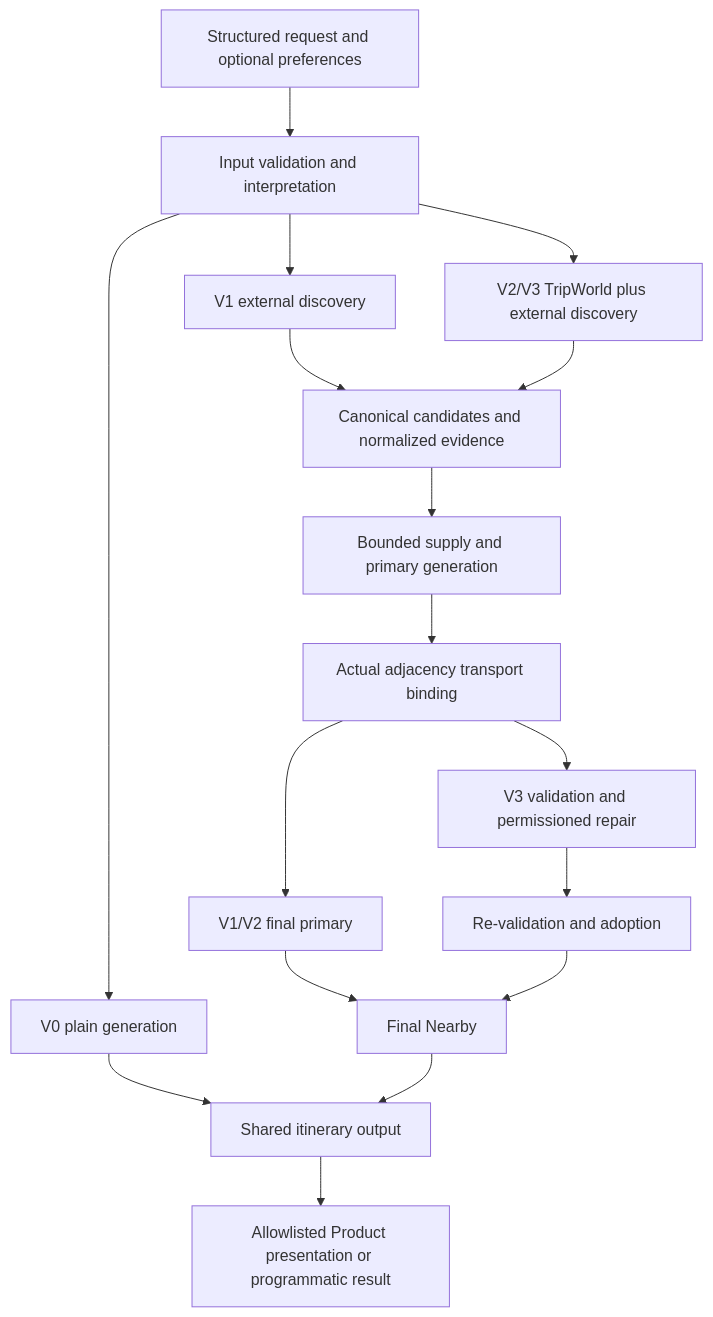
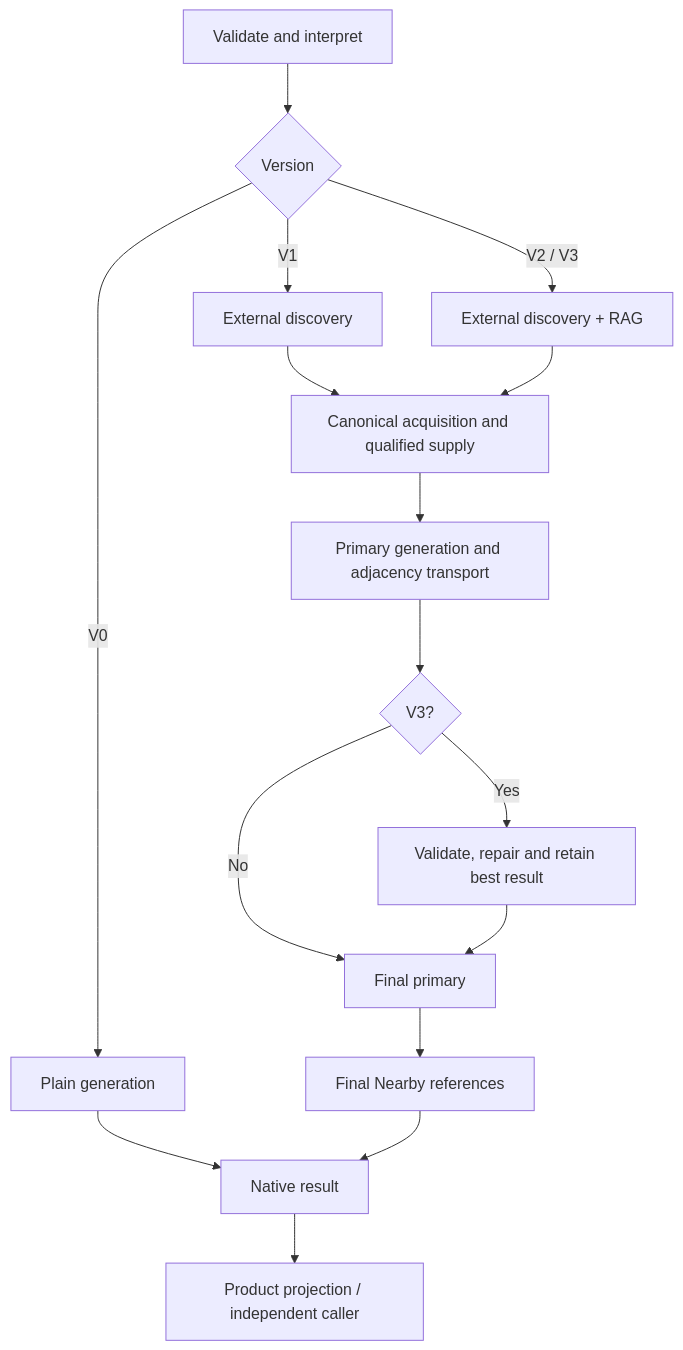
Before and after one commit to rplalala/Dayloom: the diagram in docs/0001-system-architecture.md, drawn with Mermaid. The commit also changed other lines of this file and 65 other files, not shown here.

````diff
--- a/docs/0001-system-architecture.md
+++ b/docs/0001-system-architecture.md
@@ -38,19 +36,18 @@
 ```mermaid
 flowchart TD
-  A[Structured request and optional preferences] --> B[Input validation and interpretation]
-  B --> C[V0 plain generation]
-  B --> D[V1 external discovery]
-  B --> E[V2/V3 TripWorld plus external discovery]
-  D --> F[Canonical candidates and normalized evidence]
-  E --> F
-  F --> G[Bounded supply and primary generation]
-  G --> H[Actual adjacency transport binding]
-  H --> I[V1/V2 final primary]
-  H --> J[V3 validation and permissioned repair]
-  J --> K[Re-validation and adoption]
-  I --> L[Final Nearby]
-  K --> L
-  C --> M[Shared itinerary output]
-  L --> M
-  M --> N[Allowlisted Product presentation or programmatic result]
+    A[Validate and interpret] --> B{Version}
+    B -->|V0| C[Plain generation]
+    B -->|V1| D[External discovery]
+    B -->|V2 / V3| E[External discovery + RAG]
+    D --> F[Canonical acquisition and qualified supply]
+    E --> F
+    F --> G[Primary generation and adjacency transport]
+    G --> H{V3?}
+    H -->|Yes| I[Validate, repair and retain best result]
+    H -->|No| J[Final primary]
+    I --> J
+    J --> K[Final Nearby references]
+    C --> L[Native result]
+    K --> L
+    L --> M[Product projection / independent caller]
 ```
````
